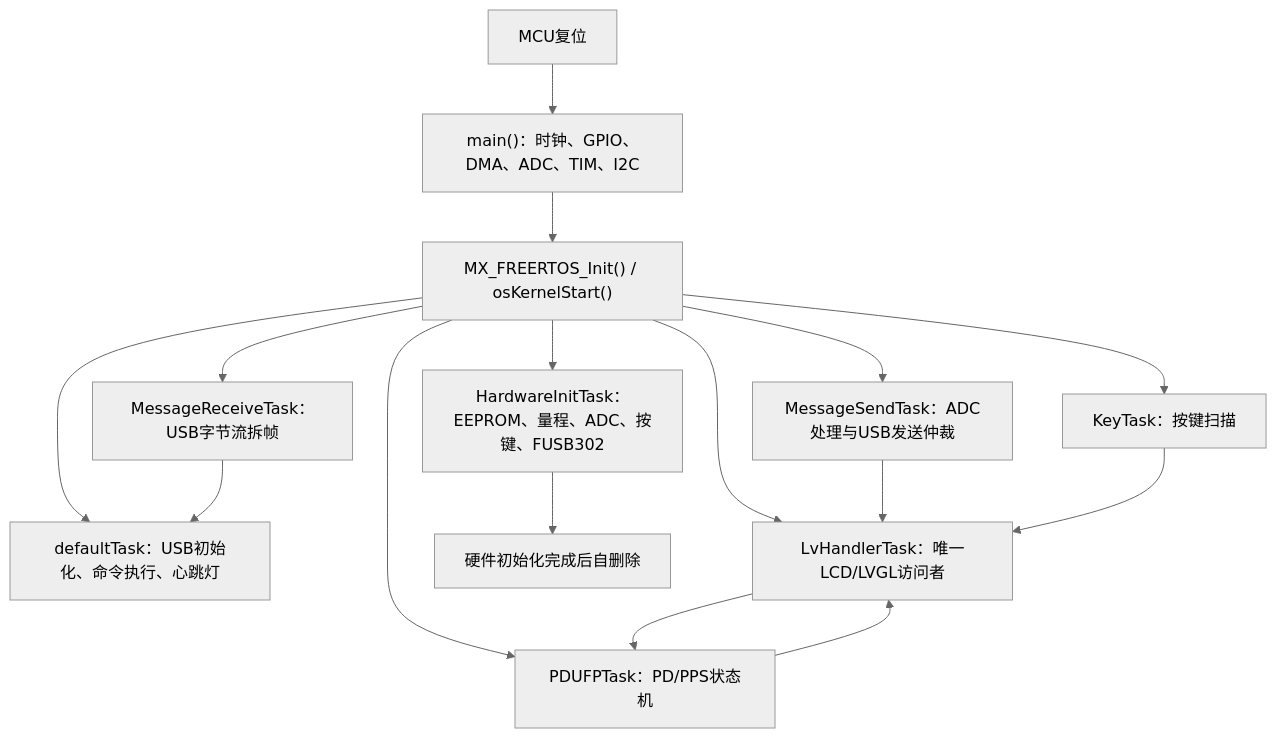
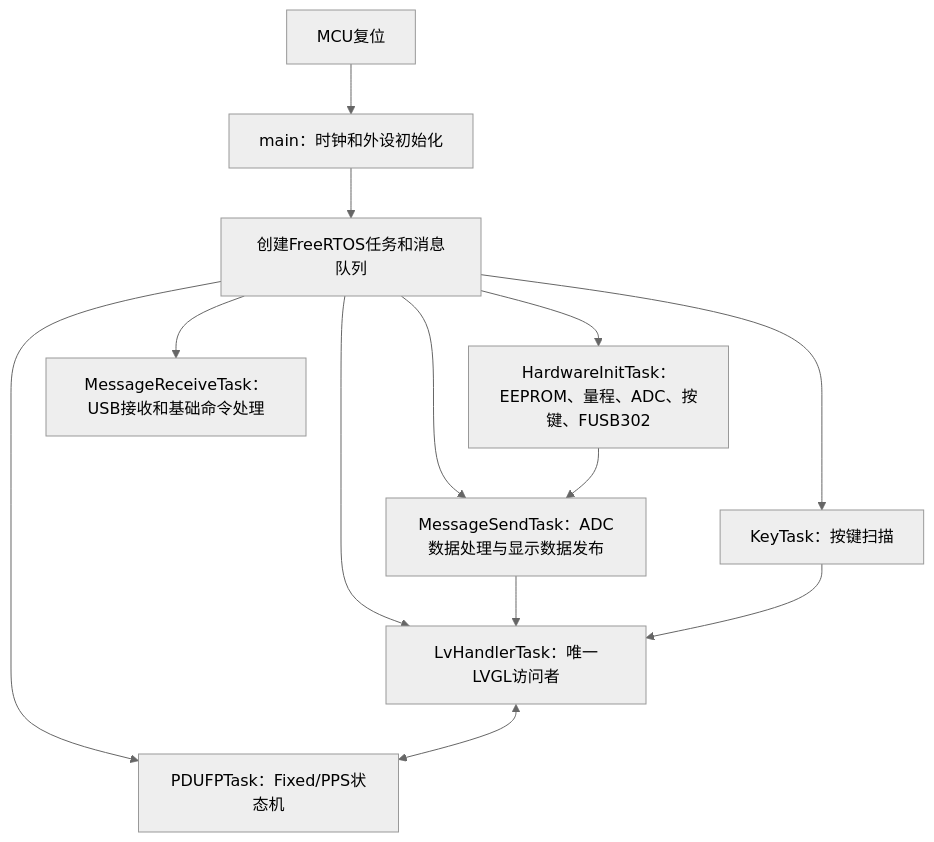
One commit to ChenFU-CN13/PowerPico_replica changed the diagram in README.md. Above: the diagram before and after it, drawn with Mermaid (neutral theme). The commit also changed other lines of this file and 23 other files, not shown here.

````diff
--- a/README.md
+++ b/README.md
@@ -66,19 +69,15 @@
 ```mermaid
 flowchart TD
-    Reset["MCU复位"] --> Main["main()：时钟、GPIO、DMA、ADC、TIM、I2C"]
-    Main --> Kernel["MX_FREERTOS_Init() / osKernelStart()"]
-    Kernel --> Default["defaultTask：USB初始化、命令执行、心跳灯"]
-    Kernel --> Hw["HardwareInitTask：EEPROM、量程、ADC、按键、FUSB302"]
-    Kernel --> Send["MessageSendTask：ADC处理与USB发送仲裁"]
-    Kernel --> Recv["MessageReceiveTask：USB字节流拆帧"]
-    Kernel --> Key["KeyTask：按键扫描"]
-    Kernel --> PD["PDUFPTask：PD/PPS状态机"]
-    Kernel --> LVGL["LvHandlerTask：唯一LCD/LVGL访问者"]
-
-    Hw --> Ready["硬件初始化完成后自删除"]
-    Send --> LVGL
-    Recv --> Default
-    Key --> LVGL
-    LVGL --> PD
-    PD --> LVGL
+    Reset["MCU复位"] --> Main["main：时钟和外设初始化"]
+    Main --> RTOS["创建FreeRTOS任务和消息队列"]
+    RTOS --> HW["HardwareInitTask：EEPROM、量程、ADC、按键、FUSB302"]
+    RTOS --> ADC["MessageSendTask：ADC数据处理与显示数据发布"]
+    RTOS --> USB["MessageReceiveTask：USB接收和基础命令处理"]
+    RTOS --> KEY["KeyTask：按键扫描"]
+    RTOS --> PD["PDUFPTask：Fixed/PPS状态机"]
+    RTOS --> GUI["LvHandlerTask：唯一LVGL访问者"]
+    HW --> ADC
+    ADC --> GUI
+    KEY --> GUI
+    GUI <--> PD
 ```
````
